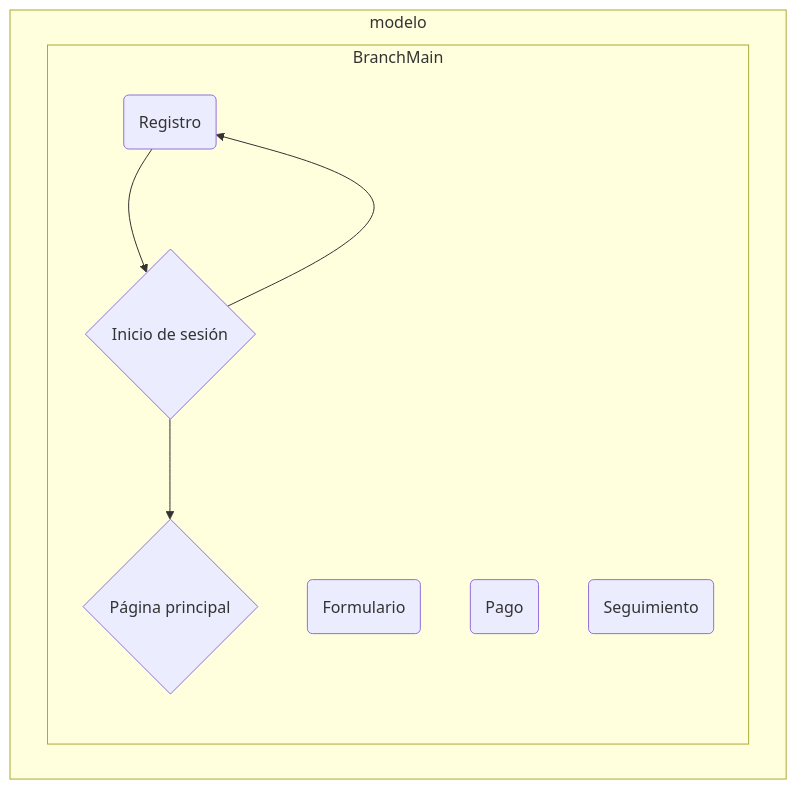
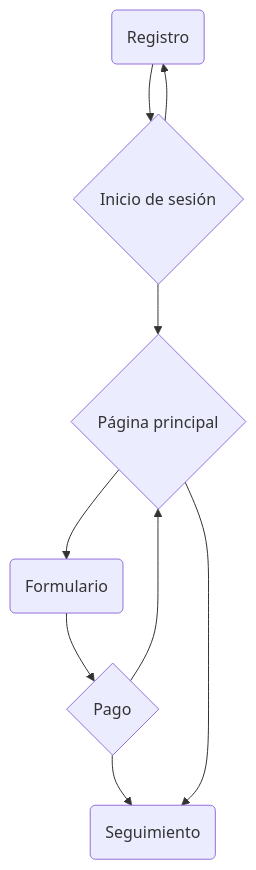
Before and after one commit to jonathanahf/Mission-FrontEnd: the diagram in Practicas_de_Intro_a_Frontend/requerimientos.md, drawn with Mermaid.

Commit message:
Cambios avance1

````diff
--- a/Practicas_de_Intro_a_Frontend/requerimientos.md
+++ b/Practicas_de_Intro_a_Frontend/requerimientos.md
@@ -58,22 +58,20 @@
 ```mermaid
 graph TD;
+    
+    sa0(Registro)
+    sa1{Inicio de sesión}
+    sa2{Página principal}
+    sa3(Formulario)
+    sa4{Pago}
+    sa5(Seguimiento)
 
-    subgraph modelo
-
-        subgraph BranchMain
-            sa0(Registro)
-            sa1{Inicio de sesión}
-            sa2{Página principal}
-            sa3(Formulario)
-            sa4(Pago)
-            sa5(Seguimiento)
-
-            sa0-->sa1;
-            sa1-->sa0;
-            sa1-->sa2;
-        end
-
-    end
-    
+    sa0-->sa1;
+    sa1-->sa0;
+    sa1-->sa2;
+    sa2-->sa3;
+    sa3-->sa4;
+    sa4-->sa5;
+    sa4-->sa2;
+    sa2-->sa5;
     
 ```
````
